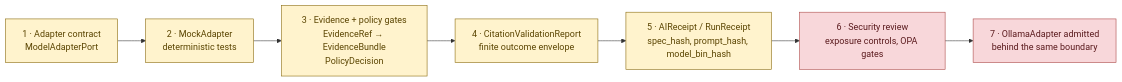
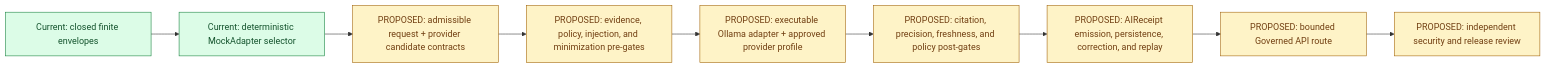
One commit to bartytime4life/Kansas-Frontier-Matrix changed the first of 3 diagrams in docs/architecture/governed-ai/OLLAMA_INTEGRATION.md. Above: the diagram before and after it, drawn with Mermaid. The commit also changed other lines of this file, not shown here.

Commit message:
docs(ai): ground Ollama integration boundary

````diff
--- a/docs/architecture/governed-ai/OLLAMA_INTEGRATION.md
+++ b/docs/architecture/governed-ai/OLLAMA_INTEGRATION.md
@@ -113,15 +203,16 @@
 ```mermaid
 flowchart LR
-  A["1 · Adapter contract<br/>ModelAdapterPort"] --> B["2 · MockAdapter<br/>deterministic tests"]
-  B --> C["3 · Evidence + policy gates<br/>EvidenceRef → EvidenceBundle<br/>PolicyDecision"]
-  C --> D["4 · CitationValidationReport<br/>finite outcome envelope"]
-  D --> E["5 · AIReceipt / RunReceipt<br/>spec_hash, prompt_hash, model_bin_hash"]
-  E --> F["6 · Security review<br/>exposure controls, OPA gates"]
-  F --> G["7 · OllamaAdapter admitted<br/>behind the same boundary"]
+    A["Current: closed finite envelopes"] --> B["Current: deterministic MockAdapter selector"]
+    B --> C["PROPOSED: admissible request + provider candidate contracts"]
+    C --> D["PROPOSED: evidence, policy, injection, and minimization pre-gates"]
+    D --> E["PROPOSED: executable Ollama adapter + approved provider profile"]
+    E --> F["PROPOSED: citation, precision, freshness, and policy post-gates"]
+    F --> G["PROPOSED: AIReceipt emission, persistence, correction, and replay"]
+    G --> H["PROPOSED: bounded Governed API route"]
+    H --> I["PROPOSED: independent security and release review"]
 
-  classDef done fill:#d4edda,stroke:#3c763d,color:#1b4220;
-  classDef pending fill:#fff3cd,stroke:#856404,color:#5a4400;
-  classDef deferred fill:#f8d7da,stroke:#a94442,color:#5a1a1d;
-  class A,B,C,D,E pending;
-  class F,G deferred;
+    classDef confirmed fill:#dcfce7,stroke:#15803d,color:#14532d;
+    classDef proposed fill:#fef3c7,stroke:#a16207,color:#713f12;
+    class A,B confirmed;
+    class C,D,E,F,G,H,I proposed;
 ```
````
